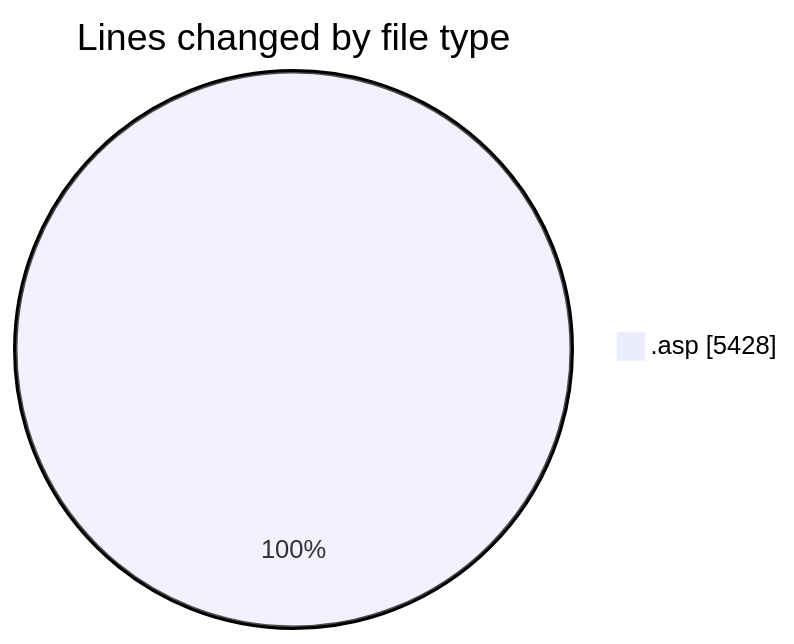
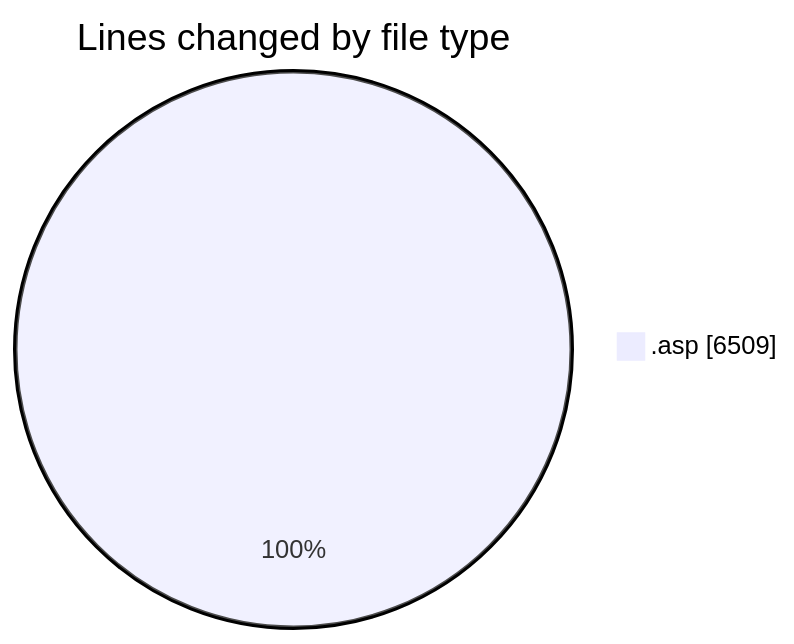
Before and after one commit to julien-gomy/code-tracking: the first of 2 diagrams in 2025-11-15/cdp_aleoudev_fr__workspace_/README.md, drawn with Mermaid. The commit also changed other lines of this file and 1 other file, not shown here.

````diff
--- a/2025-11-15/cdp_aleoudev_fr__workspace_/README.md
+++ b/2025-11-15/cdp_aleoudev_fr__workspace_/README.md
@@ -28,5 +29,5 @@
 ```mermaid
 pie showData
 title Lines changed by file type
-".asp" : 5428
+".asp" : 6509
 ```
````
